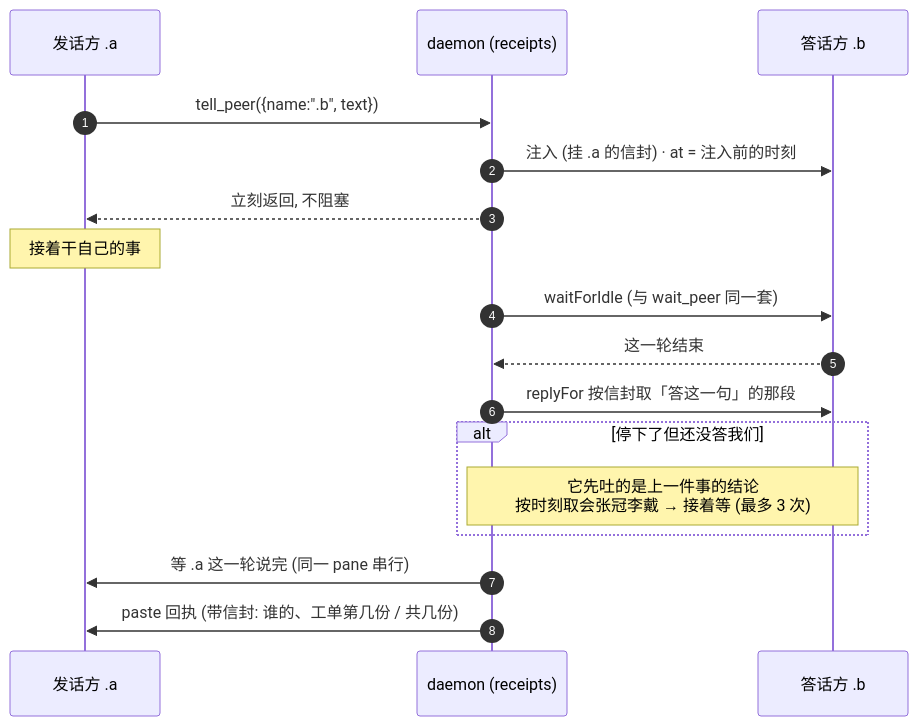
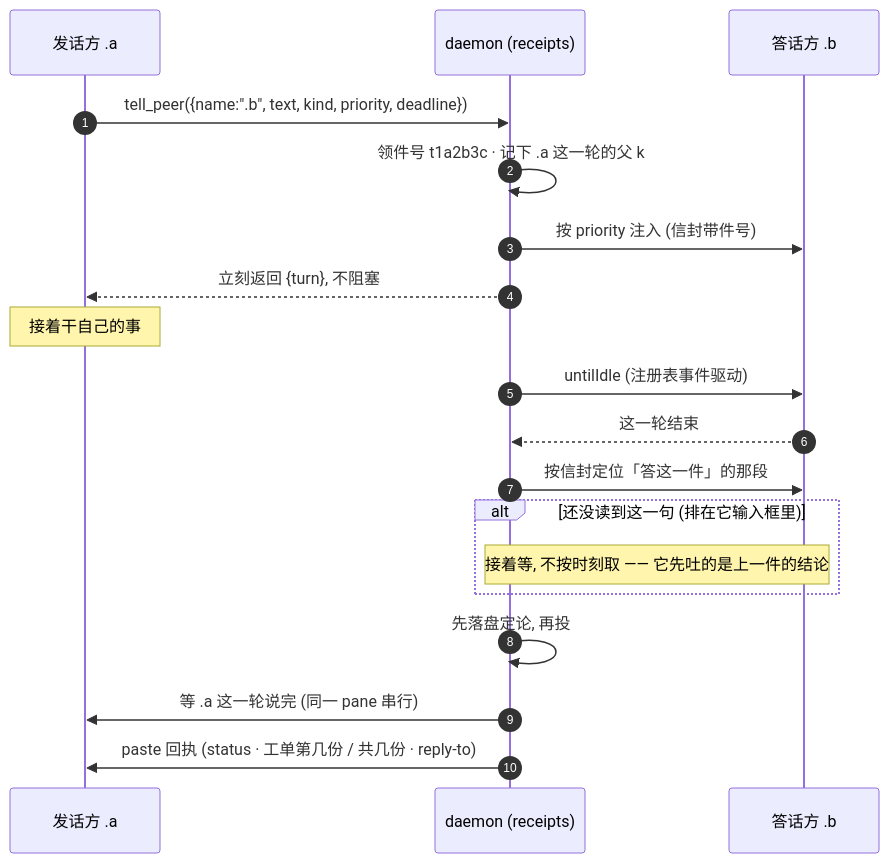
Diagram 11 of 16 in 技术说明.md (guxi11/wezard), drawn with Mermaid before and after one commit. The commit also changed other lines of this file and 5 other files, not shown here.

First line of the commit message:
docs: README 换 hero 与镜像配图, 按 2.3–2.4 的变更更新 README / 技术说明 / 审批配置

````diff
--- a/技术说明.md
+++ b/技术说明.md
@@ -350,20 +397,22 @@
 ```mermaid
 sequenceDiagram
     autonumber
     participant A as 发话方 .a
     participant D as daemon (receipts)
     participant B as 答话方 .b
 
-    A->>D: tell_peer({name:".b", text})
-    D->>B: 注入 (挂 .a 的信封) · at = 注入前的时刻
-    D-->>A: 立刻返回, 不阻塞
+    A->>D: tell_peer({name:".b", text, kind, priority, deadline})
+    D->>D: 领件号 t1a2b3c · 记下 .a 这一轮的父 k
+    D->>B: 按 priority 注入 (信封带件号)
+    D-->>A: 立刻返回 {turn}, 不阻塞
     Note over A: 接着干自己的事
-    D->>B: waitForIdle (与 wait_peer 同一套)
+    D->>B: untilIdle (注册表事件驱动)
     B-->>D: 这一轮结束
-    D->>B: replyFor 按信封取「答这一句」的那段
-    alt 停下了但还没答我们
-        Note over D,B: 它先吐的是上一件事的结论<br/>按时刻取会张冠李戴 → 接着等 (最多 3 次)
+    D->>B: 按信封定位「答这一件」的那段
+    alt 还没读到这一句 (排在它输入框里)
+        Note over D,B: 接着等, 不按时刻取 —— 它先吐的是上一件的结论
     end
+    D->>D: 先落盘定论, 再投
     D->>A: 等 .a 这一轮说完 (同一 pane 串行)
-    D->>A: paste 回执 (带信封: 谁的、工单第几份 / 共几份)
+    D->>A: paste 回执 (status · 工单第几份 / 共几份 · reply-to)
 ```
````
